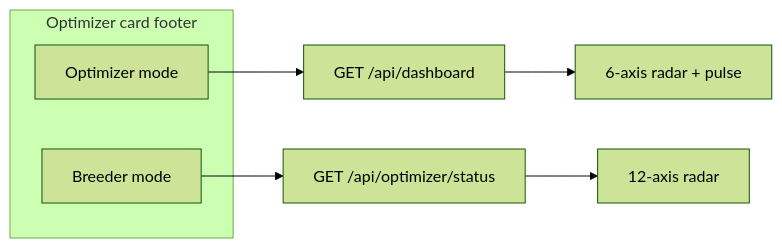
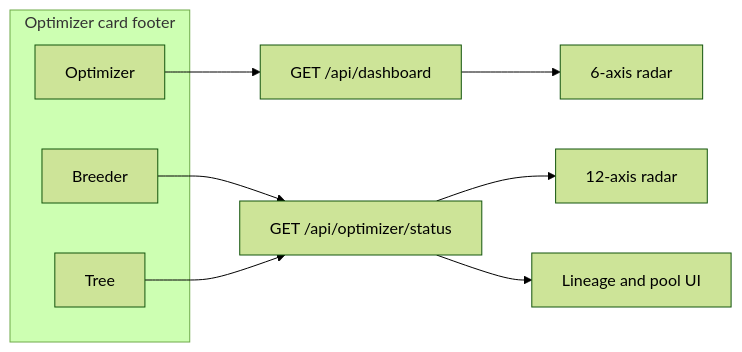
One commit to czyzem-stack/kalshibot changed the fifth of 10 diagrams in README.md. Above: the diagram before and after it, drawn with Mermaid (forest theme). The commit also changed other lines of this file and 9 other files, not shown here.

````diff
--- a/README.md
+++ b/README.md
@@ -191,11 +237,14 @@
 ```mermaid
 flowchart LR
   subgraph card [Optimizer card footer]
-    O[Optimizer mode]
-    B[Breeder mode]
+    O[Optimizer]
+    B[Breeder]
+    T[Tree]
   end
   O --> DASH[GET /api/dashboard]
   B --> ST[GET /api/optimizer/status]
-  DASH --> RAD6[6-axis radar + pulse]
+  T --> ST
+  DASH --> RAD6[6-axis radar]
   ST --> RAD12[12-axis radar]
+  ST --> TREE[Lineage and pool UI]
 ```
````
